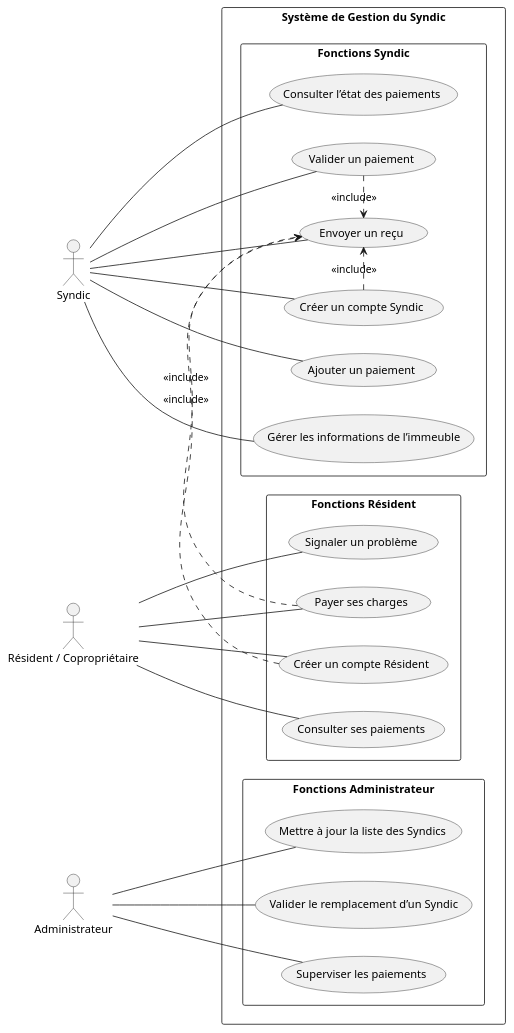
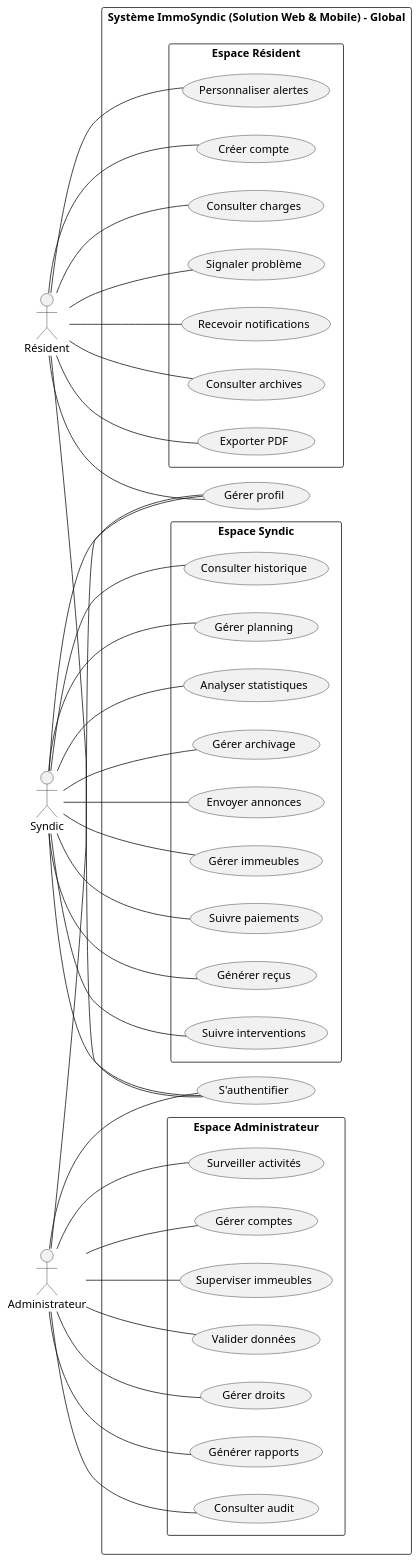
One commit to fadna-lakhouchen/Projet-finale changed the diagram in analyse/ideation/cas_utilisation/use_case_global.puml. Above: the diagram before and after it, drawn with PlantUML. The commit also changed 7 other files, not shown here.

```diff
--- a/analyse/ideation/cas_utilisation/use_case_global.puml
+++ b/analyse/ideation/cas_utilisation/use_case_global.puml
@@ -1,40 +1,58 @@
 @startuml
 left to right direction
 skinparam packageStyle rectangle
 skinparam shadowing false
 
+actor "Résident" as Resident
 actor "Syndic" as Syndic
-actor "Résident / Copropriétaire" as Resident
 actor "Administrateur" as Admin
 
-rectangle "Système de Gestion du Syndic" {
+rectangle "Système ImmoSyndic (Solution Web & Mobile) - Global" {
 
-  package "Fonctions Syndic" {
-    Syndic -- (Créer un compte Syndic)
-    Syndic -- (Ajouter un paiement)
-    Syndic -- (Valider un paiement)
-    Syndic -- (Envoyer un reçu)
-    Syndic -- (Gérer les informations de l’immeuble)
-    Syndic -- (Consulter l’état des paiements)
+  ' --- Authentification & Profil ---
+  usecase "S'authentifier" as Auth
+  usecase "Gérer profil" as Profile
+  Resident -- Auth
+  Syndic -- Auth
+  Admin -- Auth
+  Resident -- Profile
+  Syndic -- Profile
+  Admin -- Profile
+
+  ' --- Espace RESIDENT ---
+  package "Espace Résident" {
+    Resident -- (Créer compte)
+    Resident -- (Consulter charges)
+    Resident -- (Signaler problème)
+    Resident -- (Recevoir notifications)
+    Resident -- (Consulter archives)
+    Resident -- (Exporter PDF)
+    Resident -- (Personnaliser alertes)
   }
 
-  package "Fonctions Résident" {
-    Resident -- (Créer un compte Résident)
-    Resident -- (Consulter ses paiements)
-    Resident -- (Payer ses charges)
-    Resident -- (Signaler un problème)
+  ' --- Espace SYNDIC ---
+  package "Espace Syndic" {
+    Syndic -- (Gérer immeubles)
+    Syndic -- (Suivre paiements)
+    Syndic -- (Générer reçus)
+    Syndic -- (Suivre interventions)
+    Syndic -- (Consulter historique)
+    Syndic -- (Gérer planning)
+    Syndic -- (Analyser statistiques)
+    Syndic -- (Gérer archivage)
+    Syndic -- (Envoyer annonces)
   }
 
-  package "Fonctions Administrateur" {
-    Admin -- (Valider le remplacement d’un Syndic)
-    Admin -- (Superviser les paiements)
-    Admin -- (Mettre à jour la liste des Syndics)
+  ' --- Espace ADMINISTRATEUR ---
+  package "Espace Administrateur" {
+    Admin -- (Gérer comptes)
+    Admin -- (Superviser immeubles)
+    Admin -- (Valider données)
+    Admin -- (Gérer droits)
+    Admin -- (Générer rapports)
+    Admin -- (Consulter audit)
+    Admin -- (Surveiller activités)
   }
 
-  ' Relations Include
-  (Valider un paiement) .> (Envoyer un reçu) : <<include>>
-  (Payer ses charges) .> (Envoyer un reçu) : <<include>>
-  (Créer un compte Syndic) .> (Envoyer un reçu) : <<include>>
-  (Créer un compte Résident) .> (Envoyer un reçu) : <<include>>
 }
 @enduml
```
